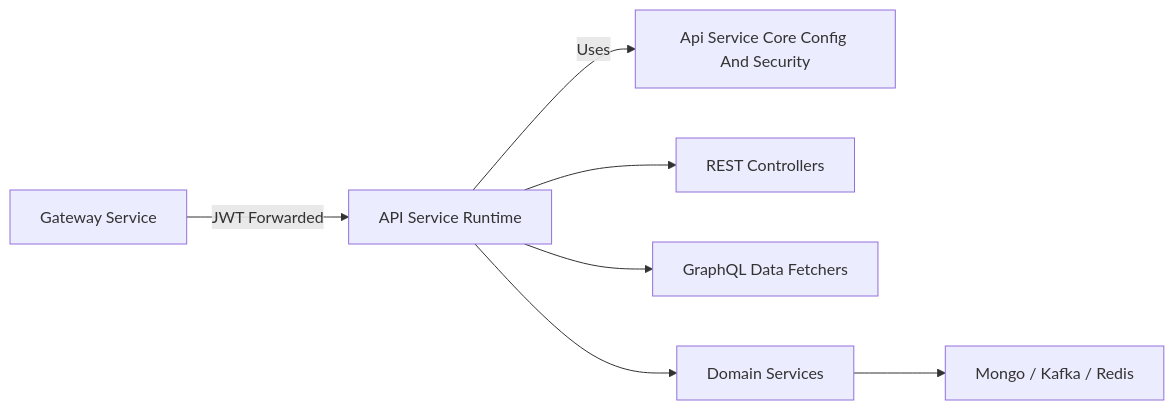
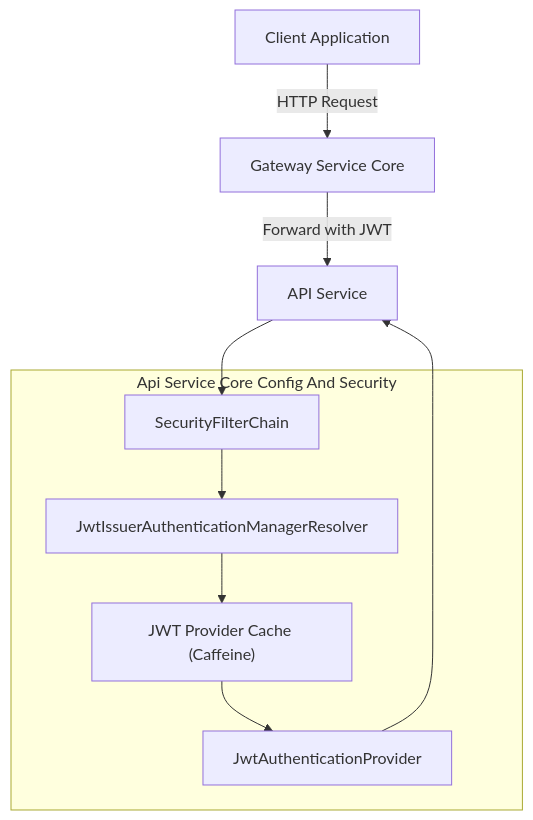
Before and after one commit to flamingo-stack/openframe-oss-lib: the first of 7 diagrams in docs/reference/architecture/api-service-core-config-and-security/api-service-core-config-and-security.md, drawn with Mermaid. The commit also changed other lines of this file and 1809 other files, not shown here.

````diff
--- a/docs/reference/architecture/api-service-core-config-and-security/api-service-core-config-and-security.md
+++ b/docs/reference/architecture/api-service-core-config-and-security/api-service-core-config-and-security.md
@@ -28,9 +36,18 @@
 ```mermaid
-flowchart LR
-    Gateway["Gateway Service"] -->|"JWT Forwarded"| ApiService["API Service Runtime"]
-    ApiService -->|"Uses"| ConfigModule["Api Service Core Config And Security"]
-    ApiService --> Controllers["REST Controllers"]
-    ApiService --> GraphQL["GraphQL Data Fetchers"]
-    ApiService --> Services["Domain Services"]
-    Services --> DataLayer["Mongo / Kafka / Redis"]
+flowchart TD
+    Client["Client Application"] -->|"HTTP Request"| Gateway["Gateway Service Core"]
+    Gateway -->|"Forward with JWT"| ApiService["API Service"]
+
+    subgraph api_security["Api Service Core Config And Security"]
+        SecurityFilter["SecurityFilterChain"]
+        IssuerResolver["JwtIssuerAuthenticationManagerResolver"]
+        JwtCache["JWT Provider Cache (Caffeine)"]
+        JwtProvider["JwtAuthenticationProvider"]
+    end
+
+    ApiService --> SecurityFilter
+    SecurityFilter --> IssuerResolver
+    IssuerResolver --> JwtCache
+    JwtCache --> JwtProvider
+    JwtProvider --> ApiService
 ```
````
